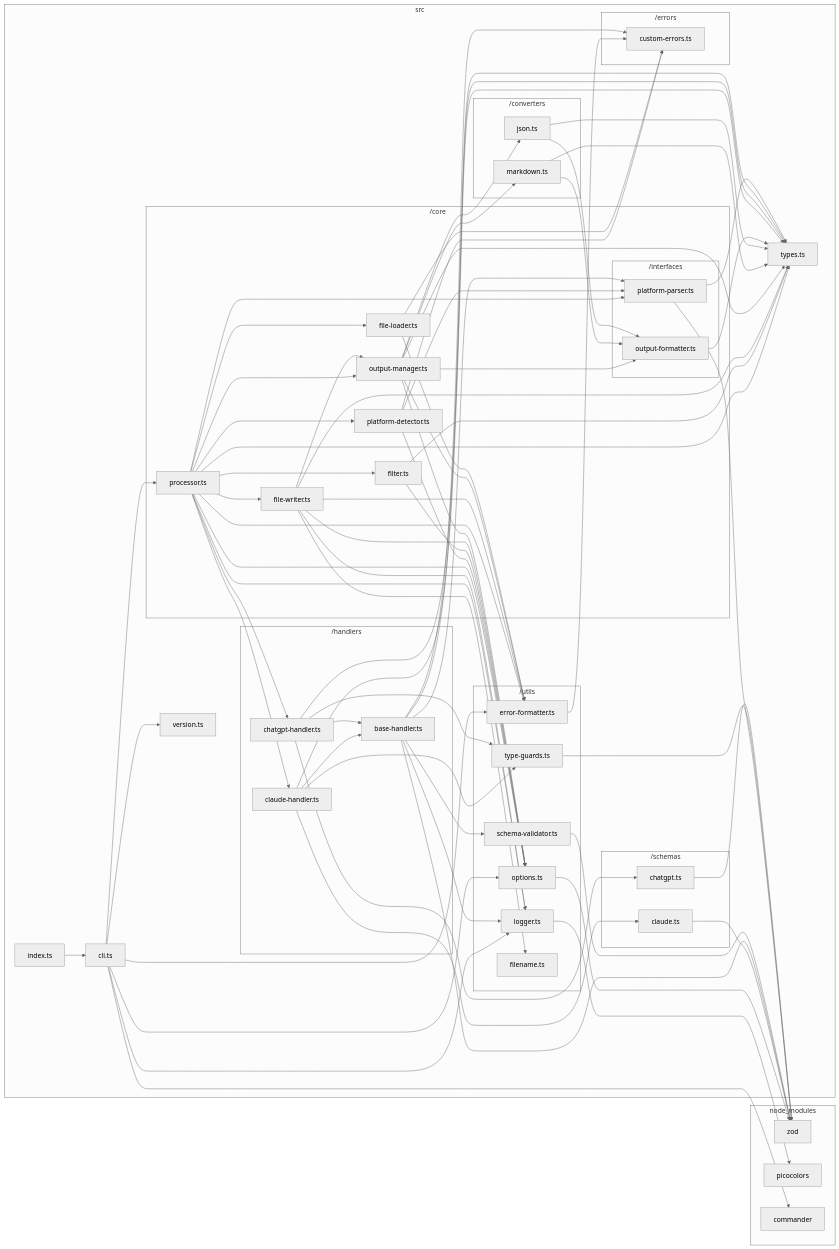
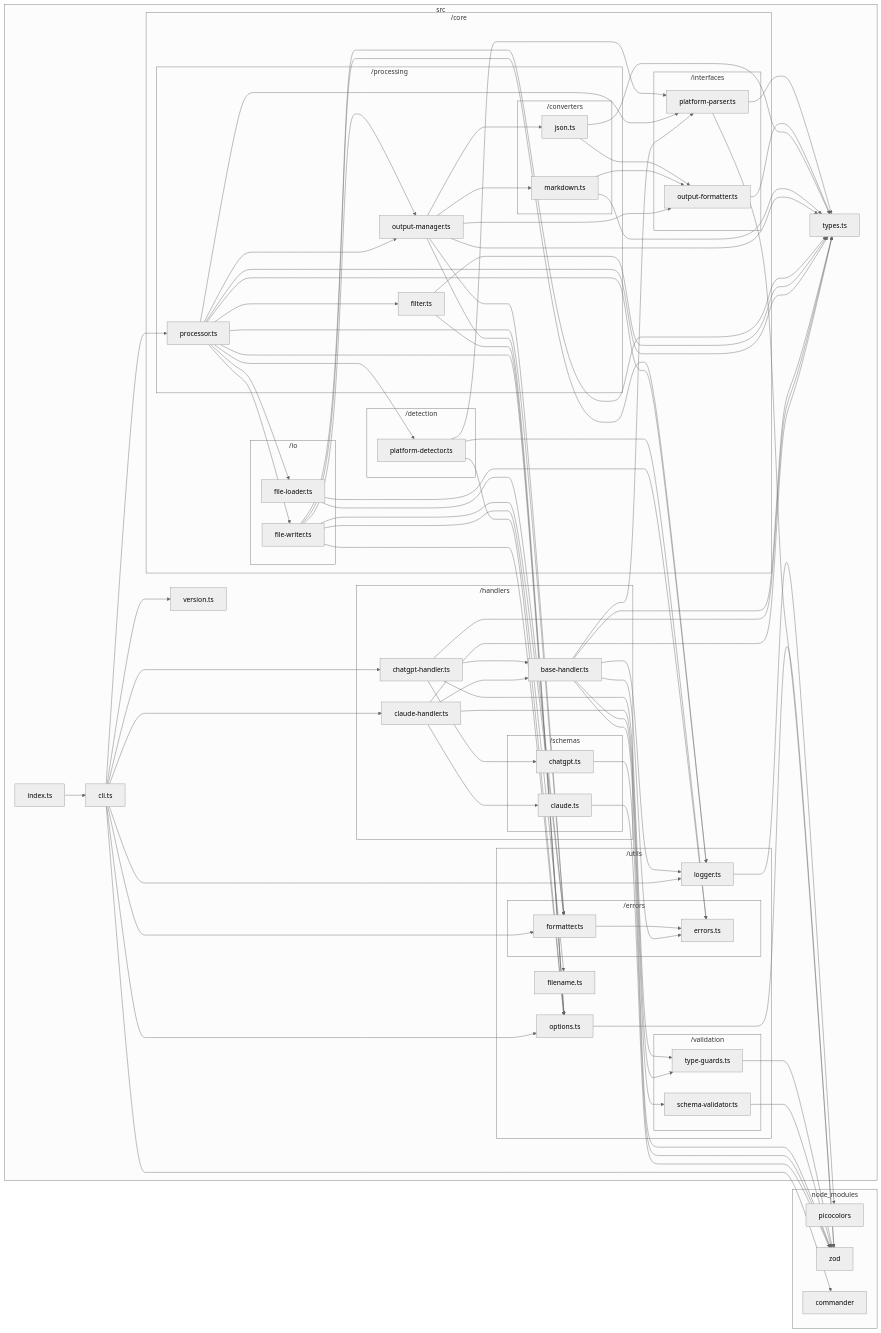
The diagram in docs/dependency-graphs/typescript-graph.md (sugurutakahashi-1234/ai-chat-md-export), drawn with Mermaid (neutral theme) before and after one commit. The commit also changed 31 other files, not shown here.

```diff
--- a/docs/dependency-graphs/typescript-graph.md
+++ b/docs/dependency-graphs/typescript-graph.md
@@ -11,110 +11,118 @@
         src/version.ts["version.ts"]
         src/cli.ts["cli.ts"]
         src/index.ts["index.ts"]
-        subgraph src/schemas["/schemas"]
-            src/schemas/chatgpt.ts["chatgpt.ts"]
-            src/schemas/claude.ts["claude.ts"]
-        end
         subgraph src/utils["/utils"]
-            src/utils/type//guards.ts["type-guards.ts"]
             src/utils/logger.ts["logger.ts"]
-            src/utils/schema//validator.ts["schema-validator.ts"]
-            src/utils/error//formatter.ts["error-formatter.ts"]
             src/utils/options.ts["options.ts"]
             src/utils/filename.ts["filename.ts"]
+            subgraph src/utils/errors["/errors"]
+                src/utils/errors/errors.ts["errors.ts"]
+                src/utils/errors/formatter.ts["formatter.ts"]
+            end
+            subgraph src/utils/validation["/validation"]
+                src/utils/validation/type//guards.ts["type-guards.ts"]
+                src/utils/validation/schema//validator.ts["schema-validator.ts"]
+            end
         end
         subgraph src/core["/core"]
-            src/core/file//loader.ts["file-loader.ts"]
-            src/core/output//manager.ts["output-manager.ts"]
-            src/core/file//writer.ts["file-writer.ts"]
-            src/core/filter.ts["filter.ts"]
-            src/core/platform//detector.ts["platform-detector.ts"]
-            src/core/processor.ts["processor.ts"]
             subgraph src/core/interfaces["/interfaces"]
                 src/core/interfaces/platform//parser.ts["platform-parser.ts"]
                 src/core/interfaces/output//formatter.ts["output-formatter.ts"]
             end
-        end
-        subgraph src/errors["/errors"]
-            src/errors/custom//errors.ts["custom-errors.ts"]
+            subgraph src/core/detection["/detection"]
+                src/core/detection/platform//detector.ts["platform-detector.ts"]
+            end
+            subgraph src/core/io["/io"]
+                src/core/io/file//loader.ts["file-loader.ts"]
+                src/core/io/file//writer.ts["file-writer.ts"]
+            end
+            subgraph src/core/processing["/processing"]
+                src/core/processing/output//manager.ts["output-manager.ts"]
+                src/core/processing/filter.ts["filter.ts"]
+                src/core/processing/processor.ts["processor.ts"]
+                subgraph src/core/processing/converters["/converters"]
+                    src/core/processing/converters/json.ts["json.ts"]
+                    src/core/processing/converters/markdown.ts["markdown.ts"]
+                end
+            end
         end
         subgraph src/handlers["/handlers"]
             src/handlers/base//handler.ts["base-handler.ts"]
             src/handlers/chatgpt//handler.ts["chatgpt-handler.ts"]
             src/handlers/claude//handler.ts["claude-handler.ts"]
-        end
-        subgraph src/converters["/converters"]
-            src/converters/json.ts["json.ts"]
-            src/converters/markdown.ts["markdown.ts"]
+            subgraph src/handlers/schemas["/schemas"]
+                src/handlers/schemas/chatgpt.ts["chatgpt.ts"]
+                src/handlers/schemas/claude.ts["claude.ts"]
+            end
         end
     end
     subgraph node//modules["node_modules"]
+        node//modules/picocolors/picocolors.d.ts["picocolors"]
         node//modules/zod/index.d.cts["zod"]
-        node//modules/picocolors/picocolors.d.ts["picocolors"]
         node//modules/commander/typings/index.d.ts["commander"]
     end
-    src/schemas/chatgpt.ts-->node//modules/zod/index.d.cts
-    src/utils/type//guards.ts-->node//modules/zod/index.d.cts
+    src/utils/errors/formatter.ts-->src/utils/errors/errors.ts
+    src/utils/logger.ts-->node//modules/picocolors/picocolors.d.ts
+    src/utils/options.ts-->node//modules/zod/index.d.cts
     src/core/interfaces/platform//parser.ts-->node//modules/zod/index.d.cts
     src/core/interfaces/platform//parser.ts-->src/types.ts
-    src/utils/logger.ts-->node//modules/picocolors/picocolors.d.ts
-    src/utils/schema//validator.ts-->node//modules/zod/index.d.cts
+    src/core/detection/platform//detector.ts-->src/utils/errors/errors.ts
+    src/core/detection/platform//detector.ts-->src/utils/options.ts
+    src/core/detection/platform//detector.ts-->src/core/interfaces/platform//parser.ts
+    src/core/io/file//loader.ts-->src/utils/errors/errors.ts
+    src/core/io/file//loader.ts-->src/utils/errors/formatter.ts
+    src/core/interfaces/output//formatter.ts-->src/types.ts
+    src/core/processing/converters/json.ts-->src/types.ts
+    src/core/processing/converters/json.ts-->src/core/interfaces/output//formatter.ts
+    src/core/processing/converters/markdown.ts-->src/types.ts
+    src/core/processing/converters/markdown.ts-->src/core/interfaces/output//formatter.ts
+    src/core/processing/output//manager.ts-->src/types.ts
+    src/core/processing/output//manager.ts-->src/utils/errors/formatter.ts
+    src/core/processing/output//manager.ts-->src/utils/options.ts
+    src/core/processing/output//manager.ts-->src/core/interfaces/output//formatter.ts
+    src/core/processing/output//manager.ts-->src/core/processing/converters/json.ts
+    src/core/processing/output//manager.ts-->src/core/processing/converters/markdown.ts
+    src/core/io/file//writer.ts-->src/types.ts
+    src/core/io/file//writer.ts-->src/utils/errors/formatter.ts
+    src/core/io/file//writer.ts-->src/utils/filename.ts
+    src/core/io/file//writer.ts-->src/utils/logger.ts
+    src/core/io/file//writer.ts-->src/utils/options.ts
+    src/core/io/file//writer.ts-->src/core/processing/output//manager.ts
+    src/core/processing/filter.ts-->src/types.ts
+    src/core/processing/filter.ts-->src/utils/options.ts
+    src/core/processing/processor.ts-->src/types.ts
+    src/core/processing/processor.ts-->src/utils/errors/formatter.ts
+    src/core/processing/processor.ts-->src/utils/logger.ts
+    src/core/processing/processor.ts-->src/utils/options.ts
+    src/core/processing/processor.ts-->src/core/detection/platform//detector.ts
+    src/core/processing/processor.ts-->src/core/interfaces/platform//parser.ts
+    src/core/processing/processor.ts-->src/core/io/file//loader.ts
+    src/core/processing/processor.ts-->src/core/io/file//writer.ts
+    src/core/processing/processor.ts-->src/core/processing/filter.ts
+    src/core/processing/processor.ts-->src/core/processing/output//manager.ts
+    src/utils/validation/type//guards.ts-->node//modules/zod/index.d.cts
+    src/utils/validation/schema//validator.ts-->node//modules/zod/index.d.cts
     src/handlers/base//handler.ts-->node//modules/zod/index.d.cts
     src/handlers/base//handler.ts-->src/core/interfaces/platform//parser.ts
-    src/handlers/base//handler.ts-->src/errors/custom//errors.ts
     src/handlers/base//handler.ts-->src/types.ts
+    src/handlers/base//handler.ts-->src/utils/errors/errors.ts
     src/handlers/base//handler.ts-->src/utils/logger.ts
-    src/handlers/base//handler.ts-->src/utils/schema//validator.ts
-    src/handlers/chatgpt//handler.ts-->src/schemas/chatgpt.ts
+    src/handlers/base//handler.ts-->src/utils/validation/schema//validator.ts
+    src/handlers/schemas/chatgpt.ts-->node//modules/zod/index.d.cts
     src/handlers/chatgpt//handler.ts-->src/types.ts
-    src/handlers/chatgpt//handler.ts-->src/utils/type//guards.ts
+    src/handlers/chatgpt//handler.ts-->src/utils/validation/type//guards.ts
     src/handlers/chatgpt//handler.ts-->src/handlers/base//handler.ts
-    src/schemas/claude.ts-->node//modules/zod/index.d.cts
-    src/handlers/claude//handler.ts-->src/schemas/claude.ts
+    src/handlers/chatgpt//handler.ts-->src/handlers/schemas/chatgpt.ts
+    src/handlers/schemas/claude.ts-->node//modules/zod/index.d.cts
     src/handlers/claude//handler.ts-->src/types.ts
-    src/handlers/claude//handler.ts-->src/utils/type//guards.ts
+    src/handlers/claude//handler.ts-->src/utils/validation/type//guards.ts
     src/handlers/claude//handler.ts-->src/handlers/base//handler.ts
-    src/utils/error//formatter.ts-->src/errors/custom//errors.ts
-    src/utils/options.ts-->node//modules/zod/index.d.cts
-    src/core/file//loader.ts-->src/errors/custom//errors.ts
-    src/core/file//loader.ts-->src/utils/error//formatter.ts
-    src/core/interfaces/output//formatter.ts-->src/types.ts
-    src/converters/json.ts-->src/core/interfaces/output//formatter.ts
-    src/converters/json.ts-->src/types.ts
-    src/converters/markdown.ts-->src/core/interfaces/output//formatter.ts
-    src/converters/markdown.ts-->src/types.ts
-    src/core/output//manager.ts-->src/converters/json.ts
-    src/core/output//manager.ts-->src/converters/markdown.ts
-    src/core/output//manager.ts-->src/types.ts
-    src/core/output//manager.ts-->src/utils/error//formatter.ts
-    src/core/output//manager.ts-->src/utils/options.ts
-    src/core/output//manager.ts-->src/core/interfaces/output//formatter.ts
-    src/core/file//writer.ts-->src/types.ts
-    src/core/file//writer.ts-->src/utils/error//formatter.ts
-    src/core/file//writer.ts-->src/utils/filename.ts
-    src/core/file//writer.ts-->src/utils/logger.ts
-    src/core/file//writer.ts-->src/utils/options.ts
-    src/core/file//writer.ts-->src/core/output//manager.ts
-    src/core/filter.ts-->src/types.ts
-    src/core/filter.ts-->src/utils/options.ts
-    src/core/platform//detector.ts-->src/errors/custom//errors.ts
-    src/core/platform//detector.ts-->src/utils/options.ts
-    src/core/platform//detector.ts-->src/core/interfaces/platform//parser.ts
-    src/core/processor.ts-->src/handlers/chatgpt//handler.ts
-    src/core/processor.ts-->src/handlers/claude//handler.ts
-    src/core/processor.ts-->src/types.ts
-    src/core/processor.ts-->src/utils/error//formatter.ts
-    src/core/processor.ts-->src/utils/logger.ts
-    src/core/processor.ts-->src/utils/options.ts
-    src/core/processor.ts-->src/core/file//loader.ts
-    src/core/processor.ts-->src/core/file//writer.ts
-    src/core/processor.ts-->src/core/filter.ts
-    src/core/processor.ts-->src/core/interfaces/platform//parser.ts
-    src/core/processor.ts-->src/core/output//manager.ts
-    src/core/processor.ts-->src/core/platform//detector.ts
+    src/handlers/claude//handler.ts-->src/handlers/schemas/claude.ts
     src/cli.ts-->node//modules/commander/typings/index.d.ts
-    src/cli.ts-->src/core/processor.ts
-    src/cli.ts-->src/utils/error//formatter.ts
+    src/cli.ts-->src/core/processing/processor.ts
+    src/cli.ts-->src/handlers/chatgpt//handler.ts
+    src/cli.ts-->src/handlers/claude//handler.ts
+    src/cli.ts-->src/utils/errors/formatter.ts
     src/cli.ts-->src/utils/logger.ts
     src/cli.ts-->src/utils/options.ts
     src/cli.ts-->src/version.ts
```
